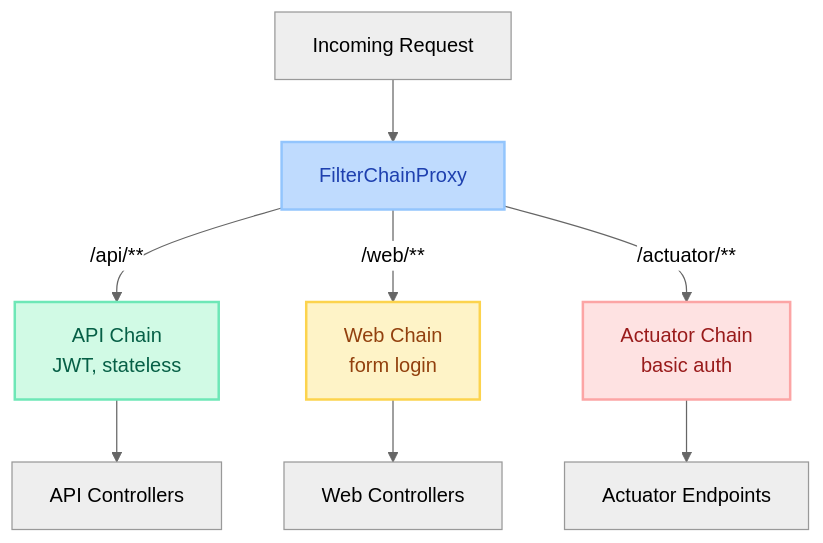
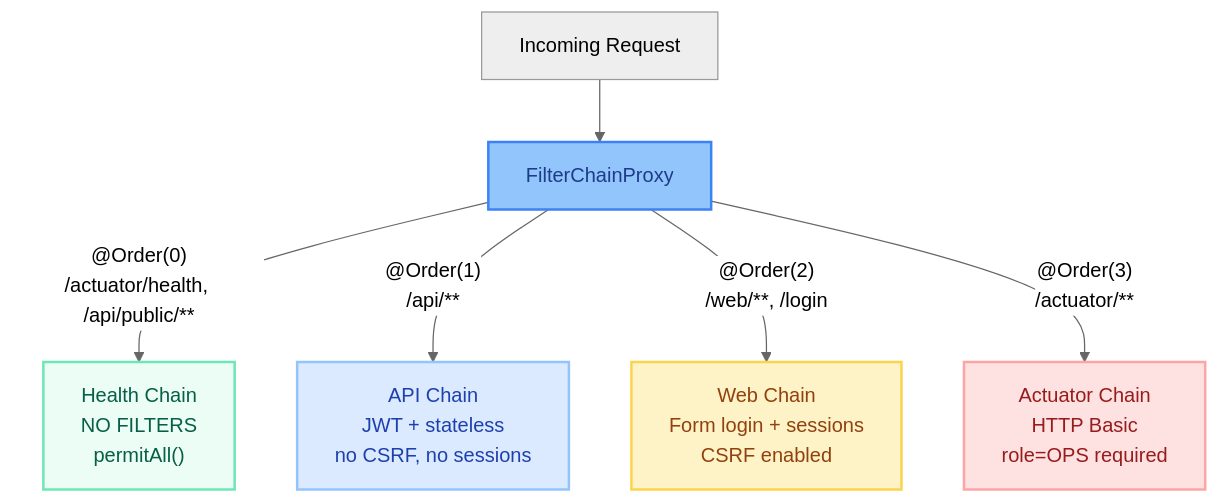
One commit to saivamsikaruturi/vamsilabs-dev-notes-main changed the seventh of 11 diagrams in docs/springboot/security-filter-chain.md. Above: the diagram before and after it, drawn with Mermaid (neutral theme). The commit also changed other lines of this file and 21 other files, not shown here.

````diff
--- a/docs/springboot/security-filter-chain.md
+++ b/docs/springboot/security-filter-chain.md
@@ -553,17 +963,15 @@
 ```mermaid
 flowchart TB
     Req["Incoming Request"] --> FCP["FilterChainProxy"]
 
-    FCP -->|"/api/**"| Chain1["API Chain<br/>JWT, stateless"]
-    FCP -->|"/web/**"| Chain2["Web Chain<br/>form login"]
-    FCP -->|"/actuator/**"| Chain3["Actuator Chain<br/>basic auth"]
+    FCP -->|"@Order(0)<br/>/actuator/health, /api/public/**"| Chain0["Health Chain<br/>NO FILTERS<br/>permitAll()"]
+    FCP -->|"@Order(1)<br/>/api/**"| Chain1["API Chain<br/>JWT + stateless<br/>no CSRF, no sessions"]
+    FCP -->|"@Order(2)<br/>/web/**, /login"| Chain2["Web Chain<br/>Form login + sessions<br/>CSRF enabled"]
+    FCP -->|"@Order(3)<br/>/actuator/**"| Chain3["Actuator Chain<br/>HTTP Basic<br/>role=OPS required"]
 
-    Chain1 --> C1["API Controllers"]
-    Chain2 --> C2["Web Controllers"]
-    Chain3 --> C3["Actuator Endpoints"]
-
-    style FCP fill:#BFDBFE,stroke:#93C5FD,stroke-width:2px,color:#1E40AF
-    style Chain1 fill:#D1FAE5,stroke:#6EE7B7,stroke-width:2px,color:#065F46
+    style FCP fill:#93C5FD,stroke:#3B82F6,stroke-width:2px,color:#1E3A8A
+    style Chain0 fill:#ECFDF5,stroke:#6EE7B7,stroke-width:2px,color:#065F46
+    style Chain1 fill:#DBEAFE,stroke:#93C5FD,stroke-width:2px,color:#1E40AF
     style Chain2 fill:#FEF3C7,stroke:#FCD34D,stroke-width:2px,color:#92400E
     style Chain3 fill:#FEE2E2,stroke:#FCA5A5,stroke-width:2px,color:#991B1B
 ```
````
